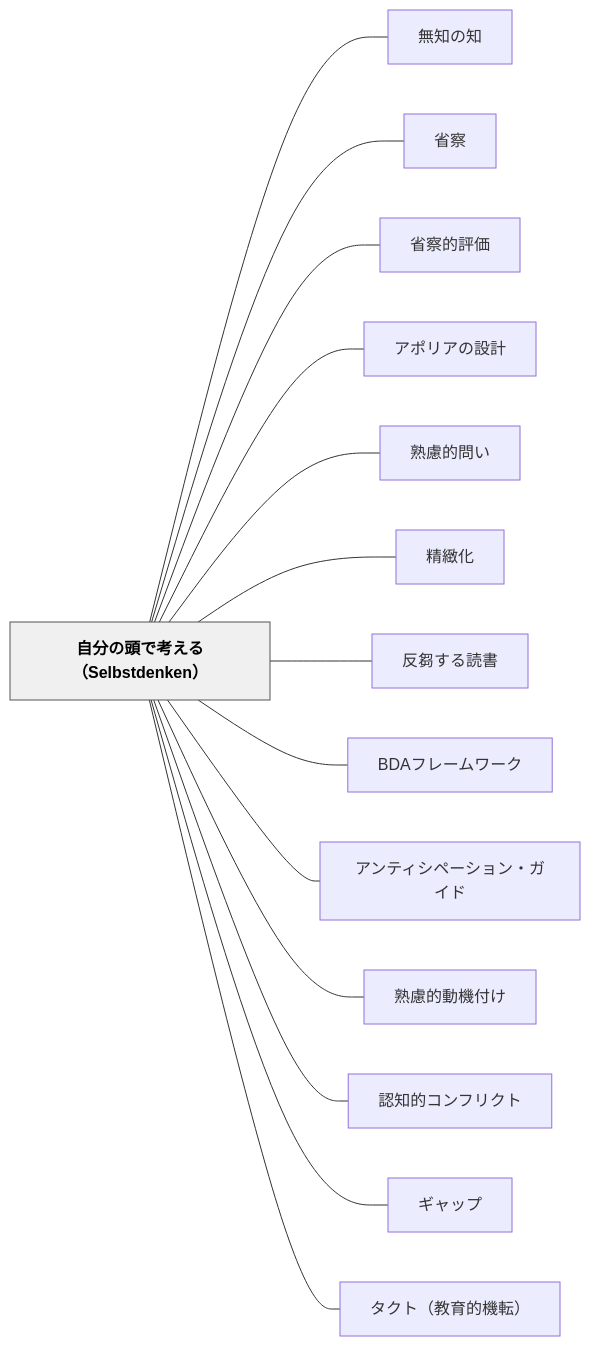
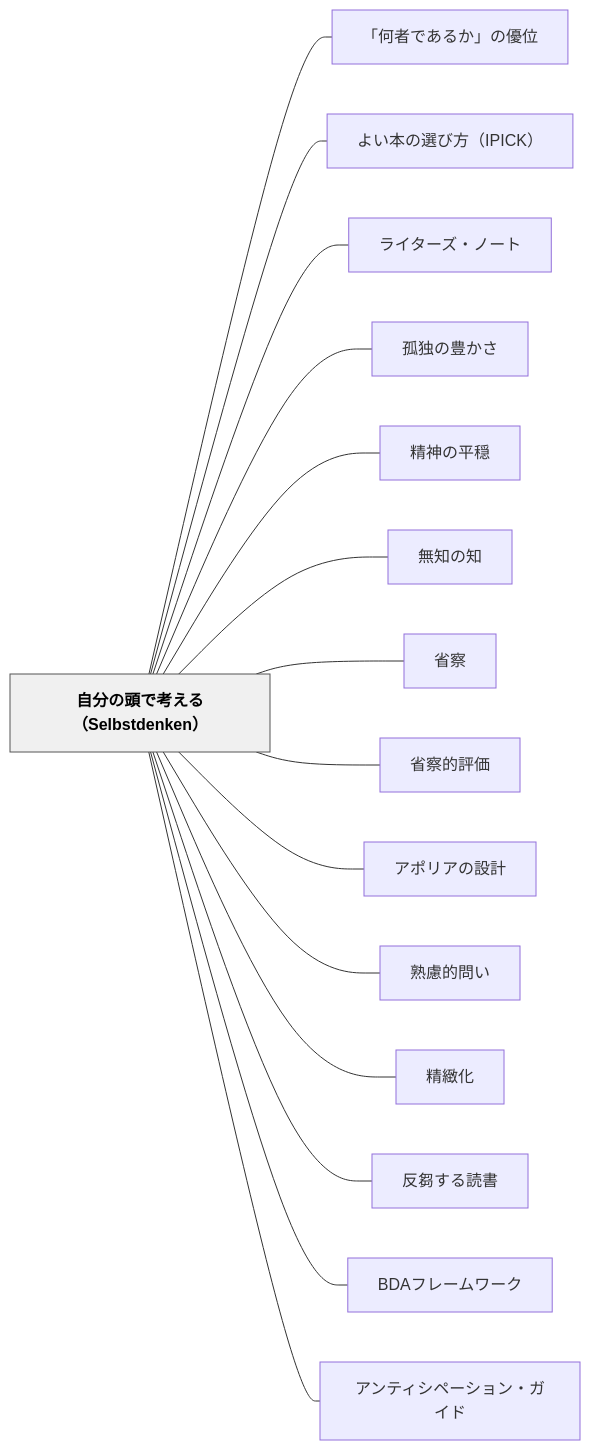
One commit to unknownthings-ed-patterns/unknownthings-ed-patterns changed the diagram in content/パタン/自分の頭で考える（Selbstdenken）.md. Above: the diagram before and after it, drawn with Mermaid. The commit also changed other lines of this file and 21 other files, not shown here.

````diff
--- a/content/パタン/自分の頭で考える（Selbstdenken）.md
+++ b/content/パタン/自分の頭で考える（Selbstdenken）.md
@@ -142,34 +147,36 @@
 ```mermaid
 flowchart LR
     ne887aae58886e381aee9a0ade381a7e88083e38188e3828befbc8853656c62737464656e6b656eefbc89["自分の頭で考える（Selbstdenken）"]
+    ne3808ce4bd95e88085e381a7e38182e3828be3818be3808de381aee584aae4bd8d["「何者であるか」の優位"]
+    ne38288e38184e69cace381aee981b8e381b3e696b9efbc88495049434befbc89["よい本の選び方（IPICK）"]
+    ne383a9e382a4e382bfe383bce382bae383bbe3838ee383bce38388["ライターズ・ノート"]
+    ne5ada4e78bace381aee8b18ae3818be38195["孤独の豊かさ"]
+    ne7b2bee7a59ee381aee5b9b3e7a98f["精神の平穏"]
     ne784a1e79fa5e381aee79fa5["無知の知"]
     ne79c81e5af9f["省察"]
     ne79c81e5af9fe79a84e8a995e4bea1["省察的評価"]
     ne382a2e3839de383aae382a2e381aee8a8ade8a888["アポリアの設計"]
     ne7869fe685aee79a84e5958fe38184["熟慮的問い"]
     ne7b2bee7b7bbe58c96["精緻化"]
     ne58f8de88abbe38199e3828be8aaade69bb8["反芻する読書"]
     n424441e38395e383ace383bce383a0e383afe383bce382af["BDAフレームワーク"]
     ne382a2e383b3e38386e382a3e382b7e3839ae383bce382b7e383a7e383b3e383bbe382ace382a4e38389["アンティシペーション・ガイド"]
-    ne7869fe685aee79a84e58b95e6a99fe4bb98e38191["熟慮的動機付け"]
-    ne8aa8de79fa5e79a84e382b3e383b3e38395e383aae382afe38388["認知的コンフリクト"]
-    ne382aee383a3e38383e38397["ギャップ"]
-    ne382bfe382afe38388efbc88e69599e882b2e79a84e6a99fe8bba2efbc89["タクト（教育的機転）"]
 
+    ne887aae58886e381aee9a0ade381a7e88083e38188e3828befbc8853656c62737464656e6b656eefbc89 --- ne3808ce4bd95e88085e381a7e38182e3828be3818be3808de381aee584aae4bd8d
+    ne887aae58886e381aee9a0ade381a7e88083e38188e3828befbc8853656c62737464656e6b656eefbc89 --- ne38288e38184e69cace381aee981b8e381b3e696b9efbc88495049434befbc89
+    ne887aae58886e381aee9a0ade381a7e88083e38188e3828befbc8853656c62737464656e6b656eefbc89 --- ne383a9e382a4e382bfe383bce382bae383bbe3838ee383bce38388
+    ne887aae58886e381aee9a0ade381a7e88083e38188e3828befbc8853656c62737464656e6b656eefbc89 --- ne5ada4e78bace381aee8b18ae3818be38195
+    ne887aae58886e381aee9a0ade381a7e88083e38188e3828befbc8853656c62737464656e6b656eefbc89 --- ne7b2bee7a59ee381aee5b9b3e7a98f
     ne887aae58886e381aee9a0ade381a7e88083e38188e3828befbc8853656c62737464656e6b656eefbc89 --- ne784a1e79fa5e381aee79fa5
     ne887aae58886e381aee9a0ade381a7e88083e38188e3828befbc8853656c62737464656e6b656eefbc89 --- ne79c81e5af9f
     ne887aae58886e381aee9a0ade381a7e88083e38188e3828befbc8853656c62737464656e6b656eefbc89 --- ne79c81e5af9fe79a84e8a995e4bea1
     ne887aae58886e381aee9a0ade381a7e88083e38188e3828befbc8853656c62737464656e6b656eefbc89 --- ne382a2e3839de383aae382a2e381aee8a8ade8a888
     ne887aae58886e381aee9a0ade381a7e88083e38188e3828befbc8853656c62737464656e6b656eefbc89 --- ne7869fe685aee79a84e5958fe38184
     ne887aae58886e381aee9a0ade381a7e88083e38188e3828befbc8853656c62737464656e6b656eefbc89 --- ne7b2bee7b7bbe58c96
     ne887aae58886e381aee9a0ade381a7e88083e38188e3828befbc8853656c62737464656e6b656eefbc89 --- ne58f8de88abbe38199e3828be8aaade69bb8
     ne887aae58886e381aee9a0ade381a7e88083e38188e3828befbc8853656c62737464656e6b656eefbc89 --- n424441e38395e383ace383bce383a0e383afe383bce382af
     ne887aae58886e381aee9a0ade381a7e88083e38188e3828befbc8853656c62737464656e6b656eefbc89 --- ne382a2e383b3e38386e382a3e382b7e3839ae383bce382b7e383a7e383b3e383bbe382ace382a4e38389
-    ne887aae58886e381aee9a0ade381a7e88083e38188e3828befbc8853656c62737464656e6b656eefbc89 --- ne7869fe685aee79a84e58b95e6a99fe4bb98e38191
-    ne887aae58886e381aee9a0ade381a7e88083e38188e3828befbc8853656c62737464656e6b656eefbc89 --- ne8aa8de79fa5e79a84e382b3e383b3e38395e383aae382afe38388
-    ne887aae58886e381aee9a0ade381a7e88083e38188e3828befbc8853656c62737464656e6b656eefbc89 --- ne382aee383a3e38383e38397
-    ne887aae58886e381aee9a0ade381a7e88083e38188e3828befbc8853656c62737464656e6b656eefbc89 --- ne382bfe382afe38388efbc88e69599e882b2e79a84e6a99fe8bba2efbc89
 
     classDef hub fill:#f0f0f0,stroke:#555,color:#000,font-weight:bold
     class ne887aae58886e381aee9a0ade381a7e88083e38188e3828befbc8853656c62737464656e6b656eefbc89 hub
 ```
````
